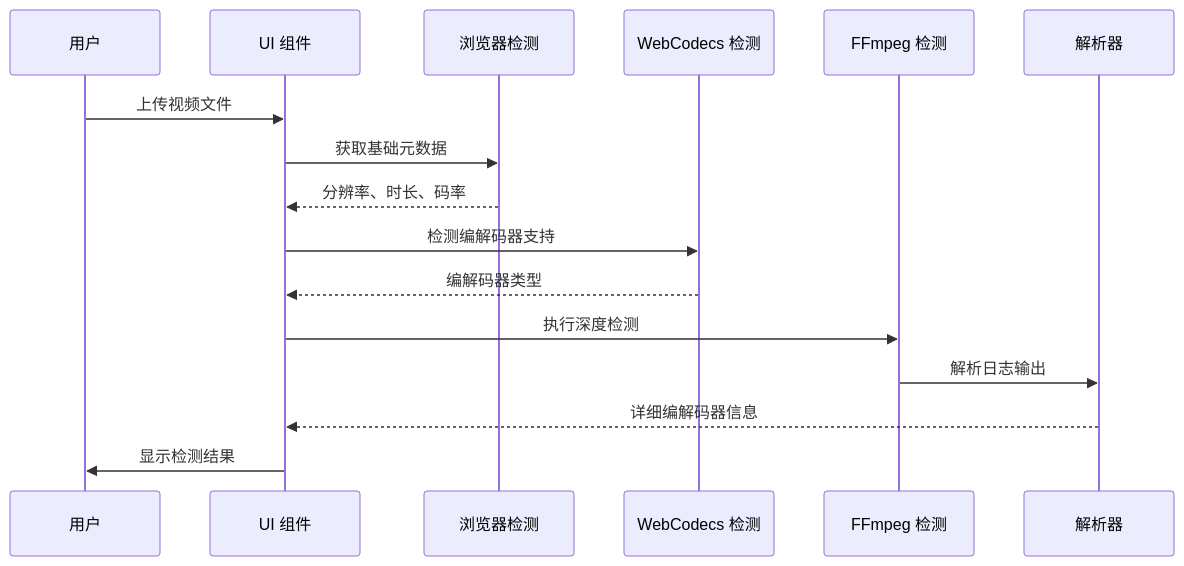
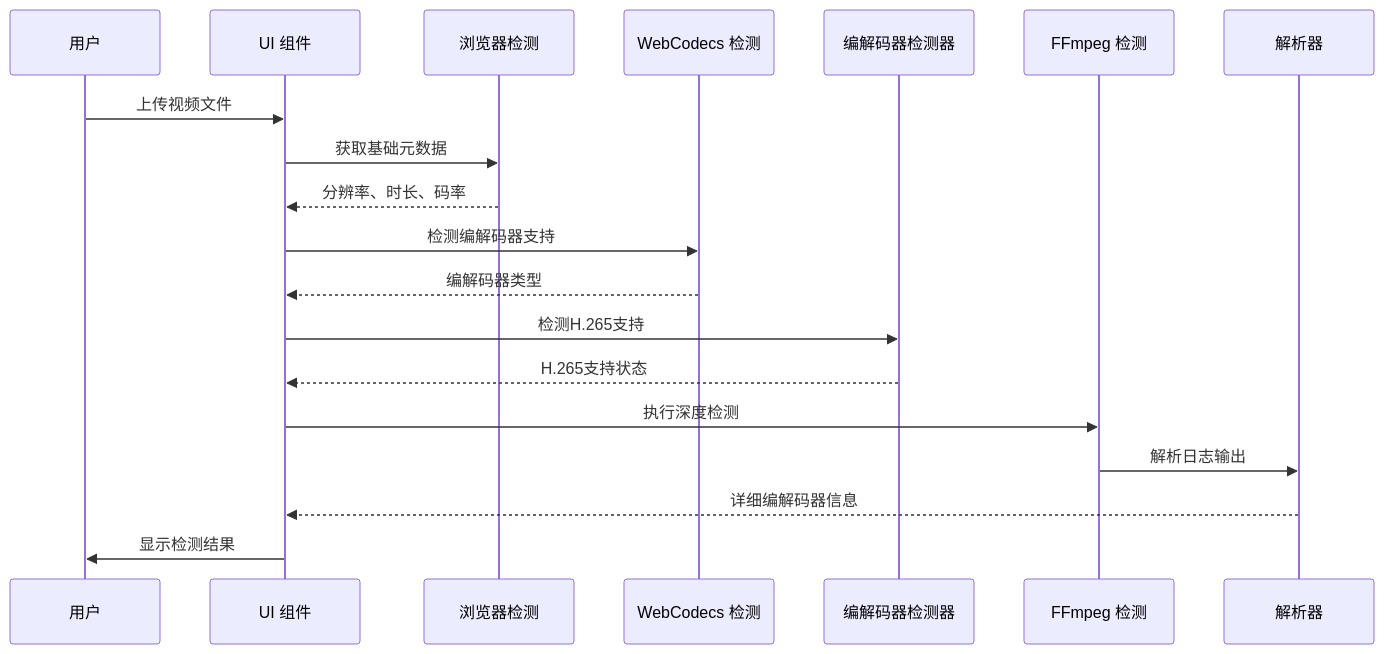
The fourth of 12 diagrams in .qoder/repowiki/zh/content/工具分类/视频处理工具/视频压缩工具/视频编解码器检测.md (sgyy/privadeck), drawn with Mermaid before and after one commit. The commit also changed other lines of this file and 5 other files, not shown here.

````diff
--- a/.qoder/repowiki/zh/content/工具分类/视频处理工具/视频压缩工具/视频编解码器检测.md
+++ b/.qoder/repowiki/zh/content/工具分类/视频处理工具/视频压缩工具/视频编解码器检测.md
@@ -146,18 +167,21 @@
 ```mermaid
 sequenceDiagram
 participant User as 用户
 participant UI as UI 组件
 participant Browser as 浏览器检测
 participant WebCodecs as WebCodecs 检测
+participant CodecDetector as 编解码器检测器
 participant FFmpeg as FFmpeg 检测
 participant Parser as 解析器
 User->>UI : 上传视频文件
 UI->>Browser : 获取基础元数据
 Browser-->>UI : 分辨率、时长、码率
 UI->>WebCodecs : 检测编解码器支持
 WebCodecs-->>UI : 编解码器类型
+UI->>CodecDetector : 检测H.265支持
+CodecDetector-->>UI : H.265支持状态
 UI->>FFmpeg : 执行深度检测
 FFmpeg->>Parser : 解析日志输出
 Parser-->>UI : 详细编解码器信息
 UI->>User : 显示检测结果
 ```
````
